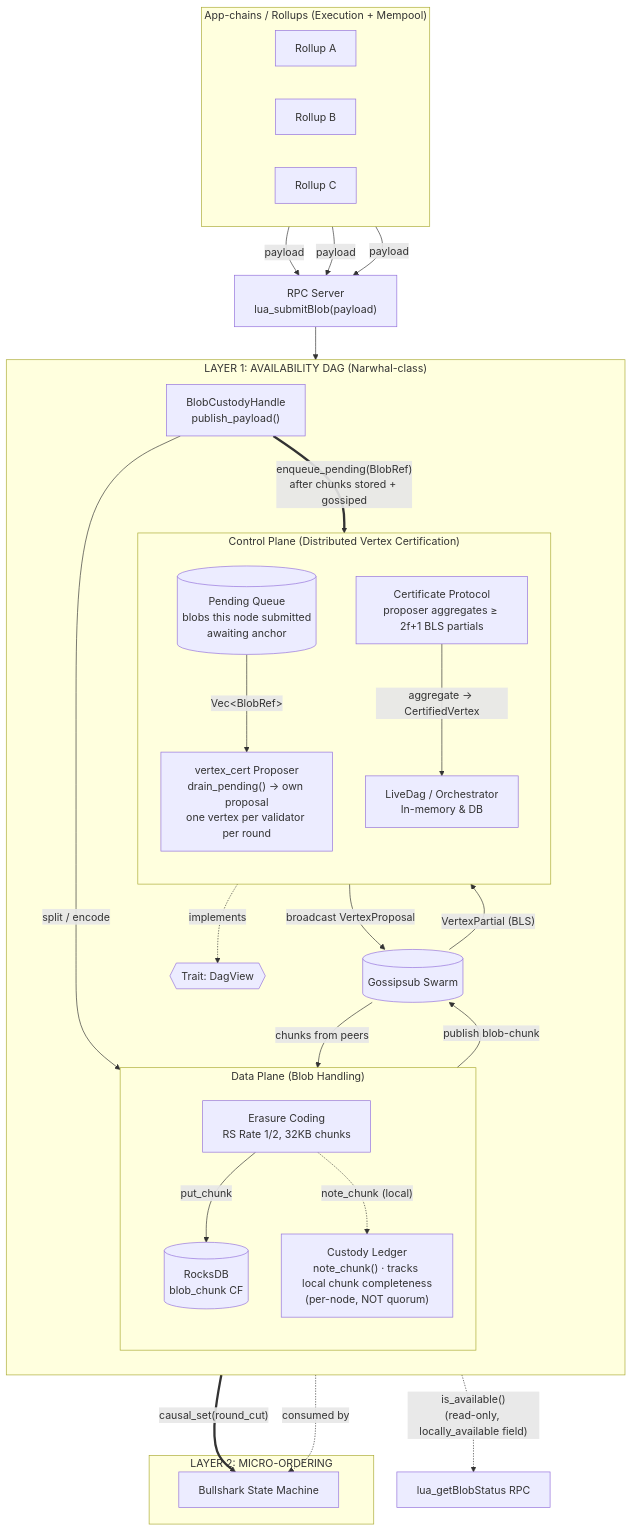
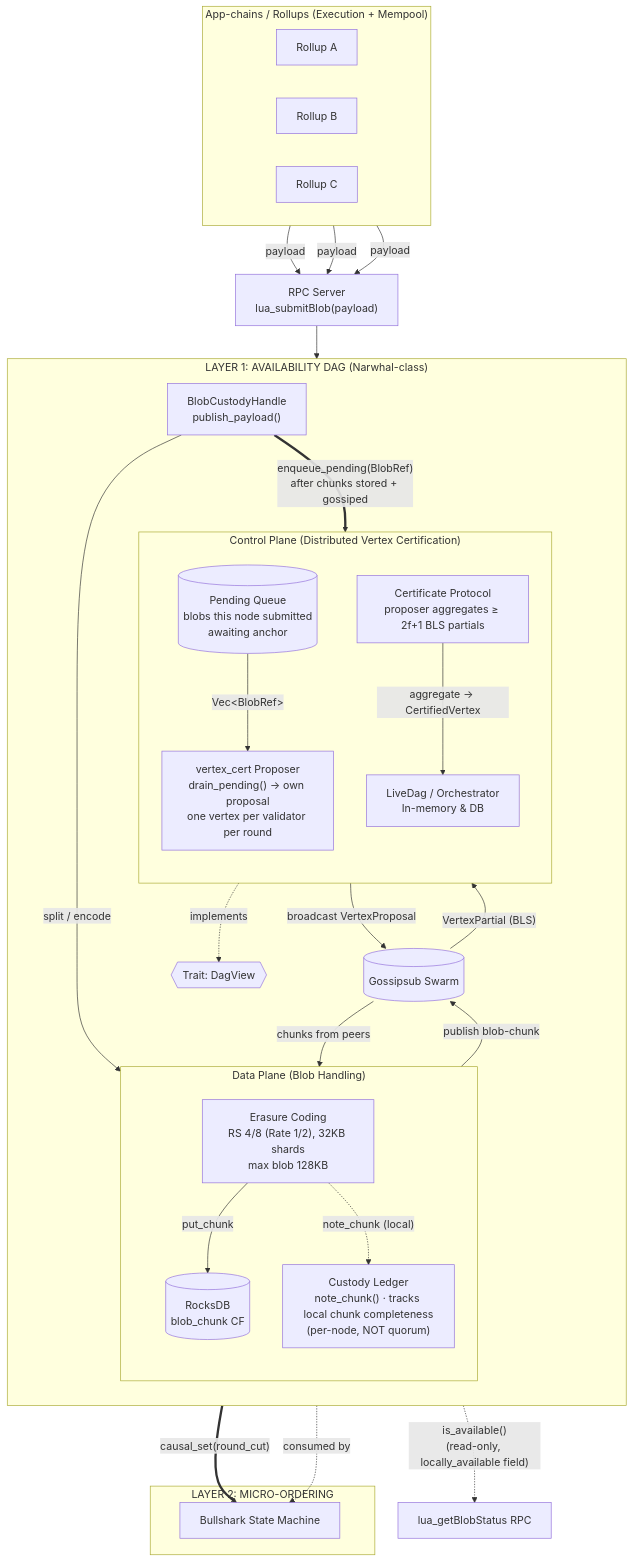
Before and after one commit to scriptkid23/lua-dag-consensus: the diagram in docs/architecture/layer-1.md, drawn with Mermaid. The commit also changed 22 other files, not shown here.

First line of the commit message:
refactor(blob): streamline blob custody configuration and enhance erasure handling

````diff
--- a/docs/architecture/layer-1.md
+++ b/docs/architecture/layer-1.md
@@ -3,67 +3,67 @@
 ```mermaid
 flowchart TD
     subgraph Rollups["App-chains / Rollups (Execution + Mempool)"]
         direction LR
         RA["Rollup A"]
         RB["Rollup B"]
         RC["Rollup C"]
     end
 
     RPC["RPC Server<br/>lua_submitBlob(payload)"]
 
     subgraph Layer1["LAYER 1: AVAILABILITY DAG (Narwhal-class)"]
         direction TB
 
         BCH["BlobCustodyHandle<br/>publish_payload()"]
         Gossip[("Gossipsub Swarm")]
 
         subgraph DataPlane["Data Plane (Blob Handling)"]
             direction TB
-            RS["Erasure Coding<br/>RS Rate 1/2, 32KB chunks"]
+            RS["Erasure Coding<br/>RS 4/8 (Rate 1/2), 32KB shards<br/>max blob 128KB"]
             DB[("RocksDB<br/>blob_chunk CF")]
             Ledger["Custody Ledger<br/>note_chunk() · tracks local chunk completeness<br/>(per-node, NOT quorum)"]
         end
 
         subgraph ControlPlane["Control Plane (Distributed Vertex Certification)"]
             direction TB
             PQ[("Pending Queue<br/>blobs this node submitted<br/>awaiting anchor")]
             Proposer["vertex_cert Proposer<br/>drain_pending() → own proposal<br/>one vertex per validator per round"]
             CertBuilder["Certificate Protocol<br/>proposer aggregates ≥ 2f+1 BLS partials"]
             LiveDag["LiveDag / Orchestrator<br/>In-memory & DB"]
         end
 
         DagView{{"Trait: DagView"}}
     end
 
     subgraph Layer2["LAYER 2: MICRO-ORDERING"]
         Bullshark["Bullshark State Machine"]
     end
 
     %% Ingress
     RA -->|"payload"| RPC
     RB -->|"payload"| RPC
     RC -->|"payload"| RPC
     RPC --> BCH
 
     %% Data plane: chunks fan out, then BCH enqueues directly
     BCH -->|"split / encode"| RS
     RS -->|"put_chunk"| DB
     RS -->|"publish blob-chunk"| Gossip
     BCH ==>|"enqueue_pending(BlobRef)<br/>after chunks stored + gossiped"| PQ
 
     %% Ledger is fed by BOTH local publish and gossip ingest
     RS -.->|"note_chunk (local)"| Ledger
     Gossip -->|"chunks from peers"| Ledger
     Ledger -.->|"is_available()<br/>(read-only, locally_available field)"| RPCStatus["lua_getBlobStatus RPC"]
 
     %% Control plane
     PQ -->|"Vec&lt;BlobRef&gt;"| Proposer
     Proposer -->|"broadcast VertexProposal"| Gossip
     Gossip -->|"VertexPartial (BLS)"| CertBuilder
     CertBuilder -->|"aggregate → CertifiedVertex"| LiveDag
 
     %% Layer 1 → Layer 2
     LiveDag ==>|"causal_set(round_cut)"| Bullshark
     LiveDag -.->|"implements"| DagView
     DagView -.->|"consumed by"| Bullshark
 ```
````
